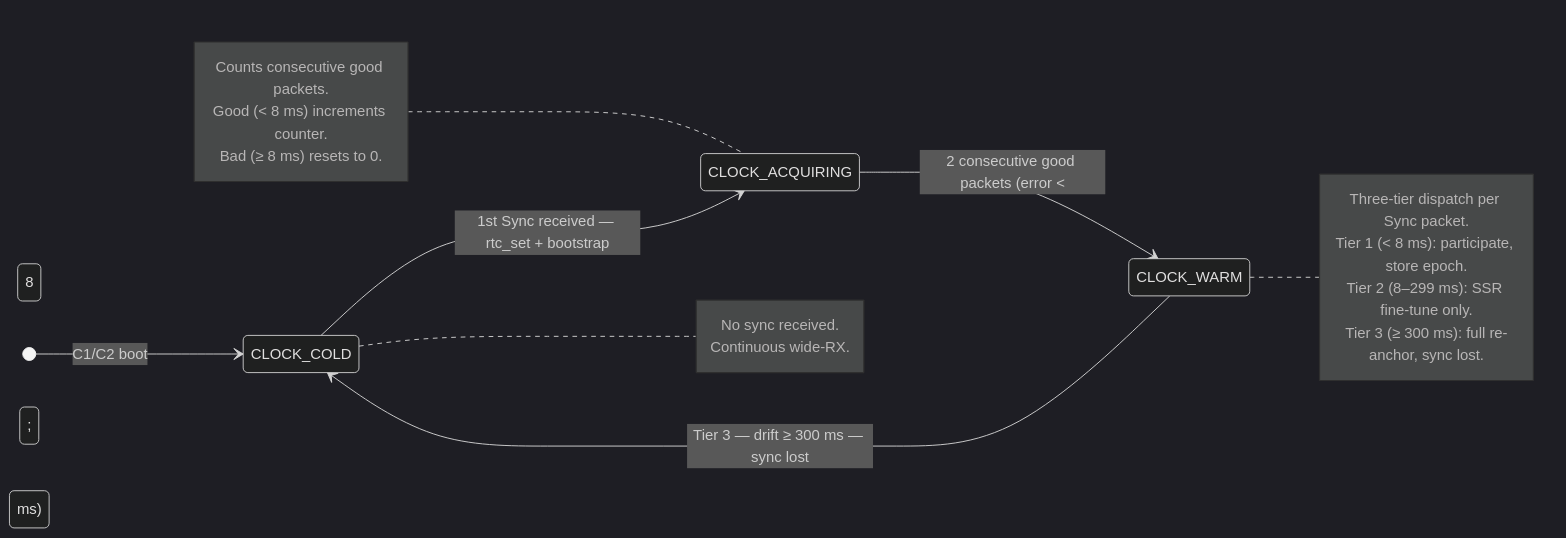
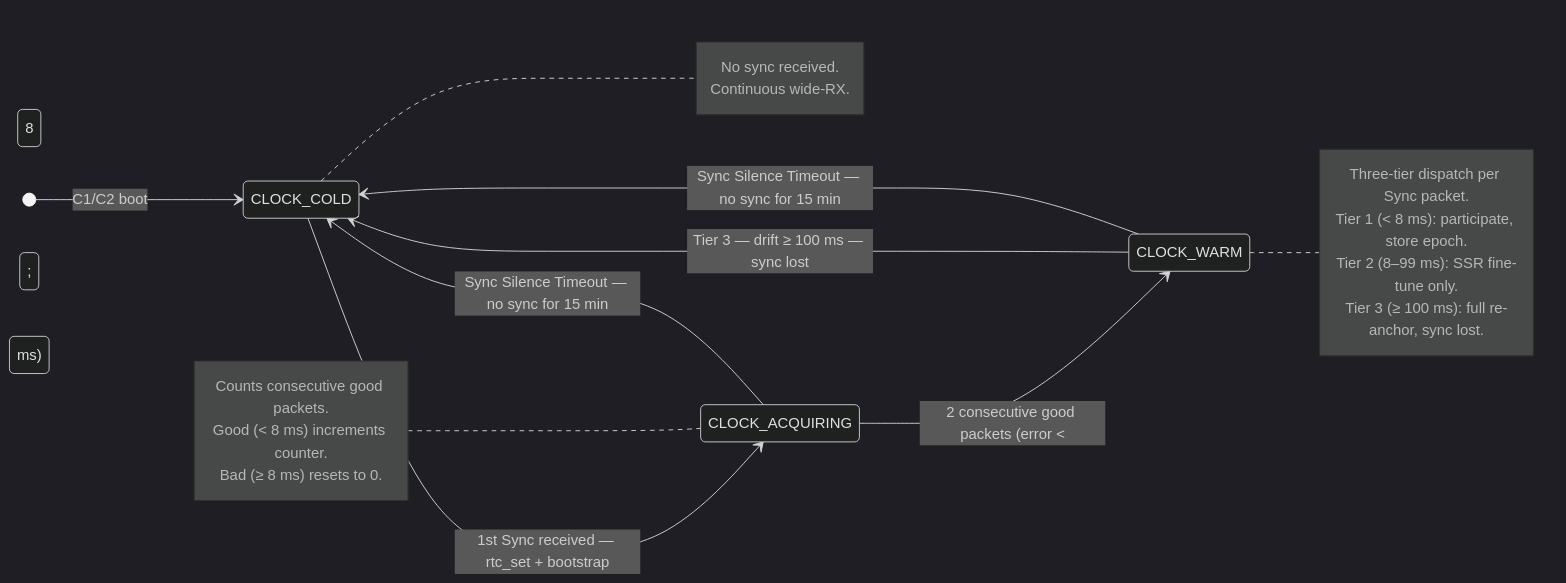
The first of 3 diagrams in docs/diagrams/02-mac-clock-state-machine.md (ArcLoRaM/firmware), drawn with Mermaid (dark theme) before and after one commit. The commit also changed other lines of this file and 36 other files, not shown here.

````diff
--- a/docs/diagrams/02-mac-clock-state-machine.md
+++ b/docs/diagrams/02-mac-clock-state-machine.md
@@ -9,30 +9,32 @@
 ```mermaid
 stateDiagram-v2
     direction LR
 
     [*] --> CLOCK_COLD : C1/C2 boot
 
     CLOCK_COLD --> CLOCK_ACQUIRING : 1st Sync received — rtc_set + bootstrap
 
     CLOCK_ACQUIRING --> CLOCK_WARM : 2 consecutive good packets (error &lt; 8 ms)
 
-    CLOCK_WARM --> CLOCK_COLD : Tier 3 — drift ≥ 300 ms — sync lost
+    CLOCK_WARM --> CLOCK_COLD : Tier 3 — drift ≥ 100 ms — sync lost
+    CLOCK_WARM --> CLOCK_COLD : Sync Silence Timeout — no sync for 15 min
+    CLOCK_ACQUIRING --> CLOCK_COLD : Sync Silence Timeout — no sync for 15 min
 
     note right of CLOCK_COLD
         No sync received.
         Continuous wide-RX.
     end note
 
     note left of CLOCK_ACQUIRING
         Counts consecutive good packets.
         Good (&lt; 8 ms) increments counter.
         Bad (≥ 8 ms) resets to 0.
     end note
 
     note right of CLOCK_WARM
         Three-tier dispatch per Sync packet.
         Tier 1 (&lt; 8 ms): participate, store epoch.
-        Tier 2 (8–299 ms): SSR fine-tune only.
-        Tier 3 (≥ 300 ms): full re-anchor, sync lost.
+        Tier 2 (8–99 ms): SSR fine-tune only.
+        Tier 3 (≥ 100 ms): full re-anchor, sync lost.
     end note
 ```
````
